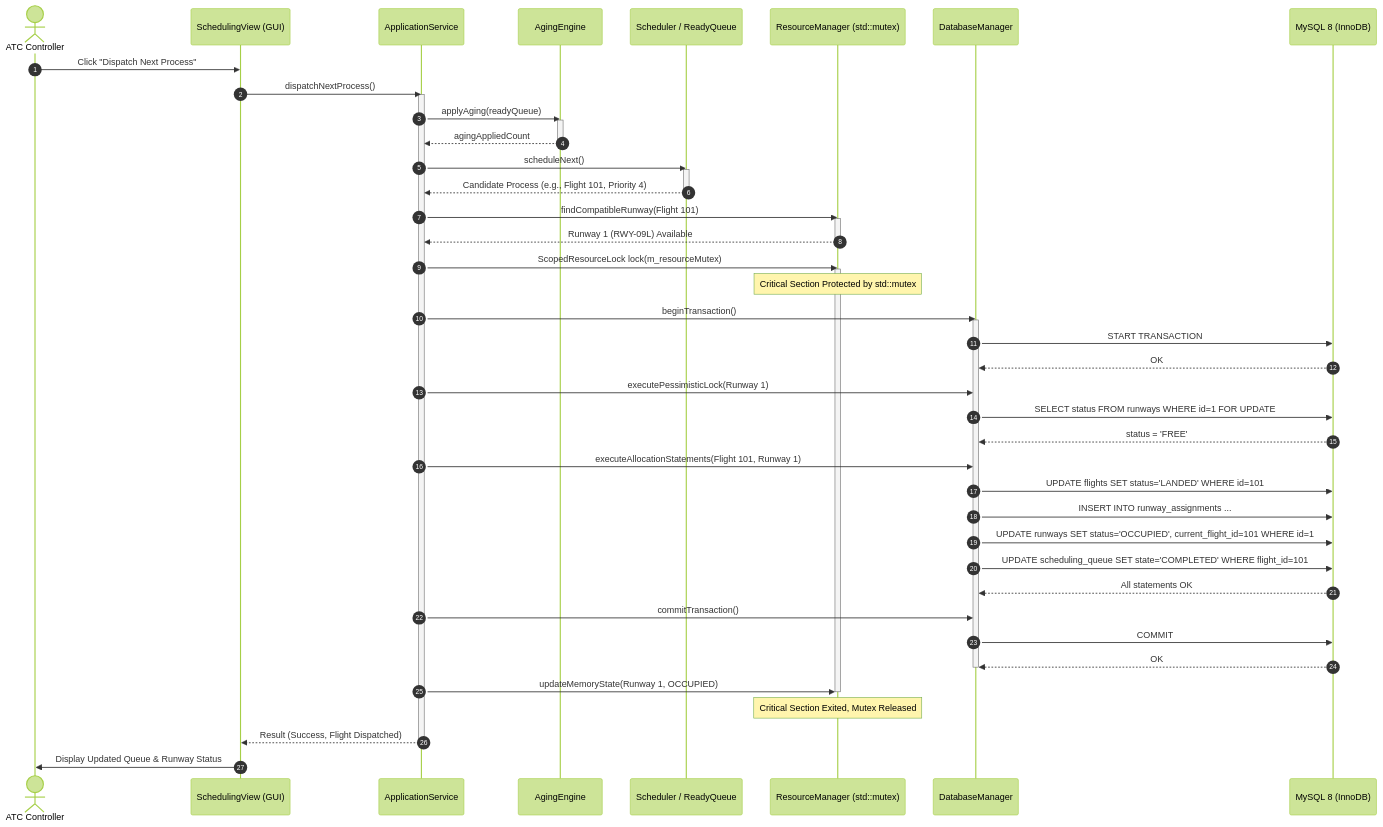
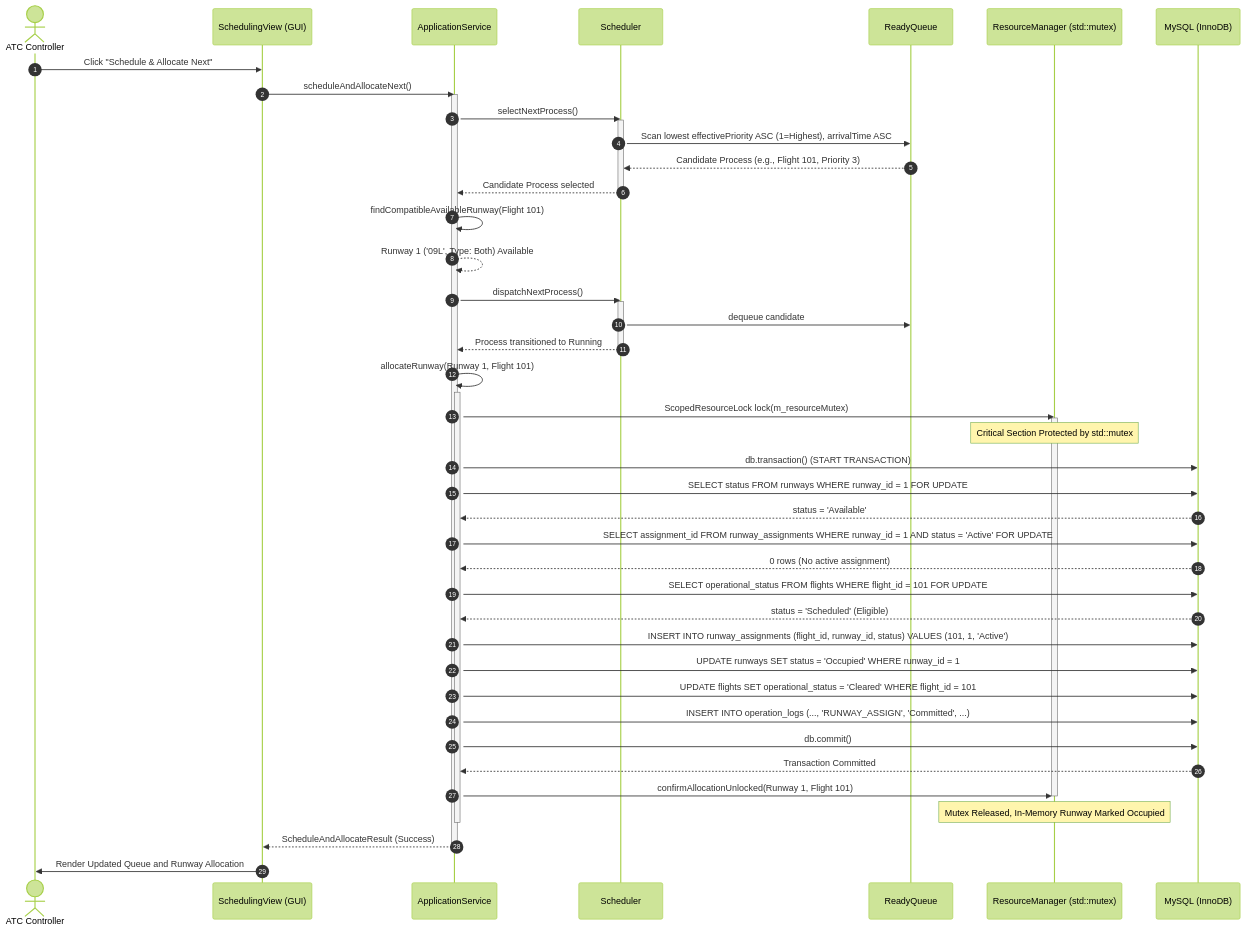
One commit to DhruvPathak12/Airport-Runway-Manager-Resource-Allocation changed the diagram in docs/diagrams/sequence_diagram.mmd. Above: the diagram before and after it, drawn with Mermaid (forest theme). The commit also changed 23 other files, not shown here.

Commit message:
docs: correct scheduler and architecture documentation

```diff
--- a/docs/diagrams/sequence_diagram.mmd
+++ b/docs/diagrams/sequence_diagram.mmd
@@ -1,62 +1,61 @@
 sequenceDiagram
     autonumber
     actor ATC as ATC Controller
     participant GUI as SchedulingView (GUI)
     participant Svc as ApplicationService
-    participant Aging as AgingEngine
-    participant Sched as Scheduler / ReadyQueue
+    participant Sched as Scheduler
+    participant RQ as ReadyQueue
     participant Res as ResourceManager (std::mutex)
-    participant DB as DatabaseManager
-    participant MySQL as MySQL 8 (InnoDB)
+    participant DB as MySQL (InnoDB)
 
-    ATC->>GUI: Click "Dispatch Next Process"
-    GUI->>Svc: dispatchNextProcess()
+    ATC->>GUI: Click "Schedule & Allocate Next"
+    GUI->>Svc: scheduleAndAllocateNext()
     activate Svc
 
-    Svc->>Aging: applyAging(readyQueue)
-    activate Aging
-    Aging-->>Svc: agingAppliedCount
-    deactivate Aging
-
-    Svc->>Sched: scheduleNext()
+    Svc->>Sched: selectNextProcess()
     activate Sched
-    Sched-->>Svc: Candidate Process (e.g., Flight 101, Priority 4)
+    Sched->>RQ: Scan lowest effectivePriority ASC (1=Highest), arrivalTime ASC
+    RQ-->>Sched: Candidate Process (e.g., Flight 101, Priority 3)
+    Sched-->>Svc: Candidate Process selected
     deactivate Sched
 
-    Svc->>Res: findCompatibleRunway(Flight 101)
-    activate Res
-    Res-->>Svc: Runway 1 (RWY-09L) Available
-    deactivate Res
+    Svc->>Svc: findCompatibleAvailableRunway(Flight 101)
+    Svc-->>Svc: Runway 1 ('09L', Type: Both) Available
 
+    Svc->>Sched: dispatchNextProcess()
+    activate Sched
+    Sched->>RQ: dequeue candidate
+    Sched-->>Svc: Process transitioned to Running
+    deactivate Sched
+
+    Svc->>Svc: allocateRunway(Runway 1, Flight 101)
+    activate Svc
     Svc->>Res: ScopedResourceLock lock(m_resourceMutex)
     activate Res
     Note over Res: Critical Section Protected by std::mutex
 
-    Svc->>DB: beginTransaction()
-    activate DB
-    DB->>MySQL: START TRANSACTION
-    MySQL-->>DB: OK
+    Svc->>DB: db.transaction() (START TRANSACTION)
+    
+    Svc->>DB: SELECT status FROM runways WHERE runway_id = 1 FOR UPDATE
+    DB-->>Svc: status = 'Available'
+    Svc->>DB: SELECT assignment_id FROM runway_assignments WHERE runway_id = 1 AND status = 'Active' FOR UPDATE
+    DB-->>Svc: 0 rows (No active assignment)
+    Svc->>DB: SELECT operational_status FROM flights WHERE flight_id = 101 FOR UPDATE
+    DB-->>Svc: status = 'Scheduled' (Eligible)
 
-    Svc->>DB: executePessimisticLock(Runway 1)
-    DB->>MySQL: SELECT status FROM runways WHERE id=1 FOR UPDATE
-    MySQL-->>DB: status = 'FREE'
+    Svc->>DB: INSERT INTO runway_assignments (flight_id, runway_id, status) VALUES (101, 1, 'Active')
+    Svc->>DB: UPDATE runways SET status = 'Occupied' WHERE runway_id = 1
+    Svc->>DB: UPDATE flights SET operational_status = 'Cleared' WHERE flight_id = 101
+    Svc->>DB: INSERT INTO operation_logs (..., 'RUNWAY_ASSIGN', 'Committed', ...)
 
-    Svc->>DB: executeAllocationStatements(Flight 101, Runway 1)
-    DB->>MySQL: UPDATE flights SET status='LANDED' WHERE id=101
-    DB->>MySQL: INSERT INTO runway_assignments ...
-    DB->>MySQL: UPDATE runways SET status='OCCUPIED', current_flight_id=101 WHERE id=1
-    DB->>MySQL: UPDATE scheduling_queue SET state='COMPLETED' WHERE flight_id=101
-    MySQL-->>DB: All statements OK
+    Svc->>DB: db.commit()
+    DB-->>Svc: Transaction Committed
 
-    Svc->>DB: commitTransaction()
-    DB->>MySQL: COMMIT
-    MySQL-->>DB: OK
-    deactivate DB
+    Svc->>Res: confirmAllocationUnlocked(Runway 1, Flight 101)
+    deactivate Res
+    Note over Res: Mutex Released, In-Memory Runway Marked Occupied
+    deactivate Svc
 
-    Svc->>Res: updateMemoryState(Runway 1, OCCUPIED)
-    deactivate Res
-    Note over Res: Critical Section Exited, Mutex Released
-
-    Svc-->>GUI: Result (Success, Flight Dispatched)
+    Svc-->>GUI: ScheduleAndAllocateResult (Success)
     deactivate Svc
-    GUI->>ATC: Display Updated Queue & Runway Status
+    GUI->>ATC: Render Updated Queue and Runway Allocation
```
